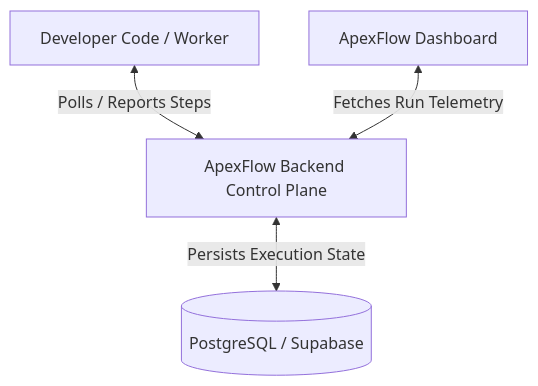
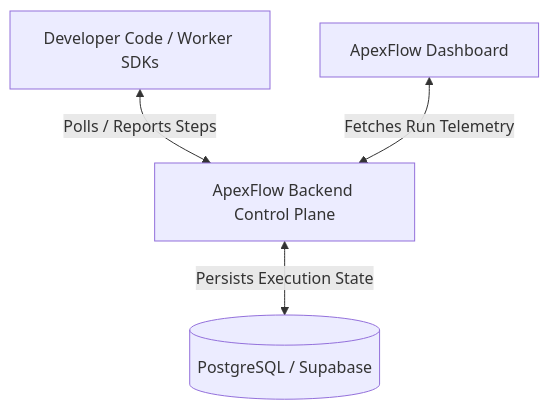
The diagram in docs/README.md (jarifulovi/apex-flow), drawn with Mermaid before and after one commit. The commit also changed other lines of this file and 2 other files, not shown here.

Commit message:
docs: extract backend and SDK specifications into dedicated README files

````diff
--- a/docs/README.md
+++ b/docs/README.md
@@ -36,6 +35,6 @@
 ```mermaid
 graph TD
-    A["Developer Code / Worker"] <-->|Polls / Reports Steps| B["ApexFlow Backend Control Plane"]
+    A["Developer Code / Worker SDKs"] <-->|Polls / Reports Steps| B["ApexFlow Backend Control Plane"]
     B <-->|Persists Execution State| C[("PostgreSQL / Supabase")]
     D["ApexFlow Dashboard"] <-->|Fetches Run Telemetry| B
 ```
````
